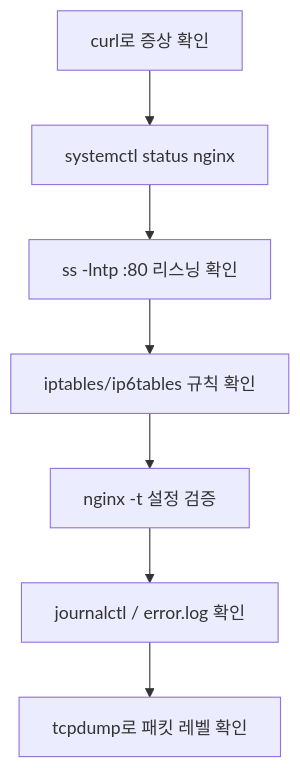
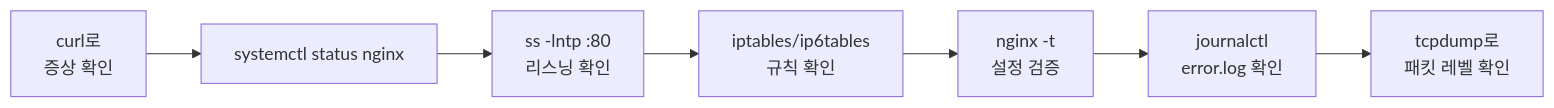
The first of 2 diagrams in README.md (yejin1029/Nginx_troubleshooting), drawn with Mermaid before and after one commit.

````diff
--- a/README.md
+++ b/README.md
@@ -16,9 +16,9 @@
 ```mermaid
-flowchart TD
-  A[curl로 증상 확인] --> B[systemctl status nginx]
-  B --> C[ss -lntp :80 리스닝 확인]
-  C --> D[iptables/ip6tables 규칙 확인]
-  D --> E[nginx -t 설정 검증]
-  E --> F[journalctl / error.log 확인]
-  F --> G[tcpdump로 패킷 레벨 확인]
+flowchart LR
+  A[curl로 <br/> 증상 확인] --> B[systemctl status nginx]
+  B --> C[ss -lntp :80 <br/> 리스닝 확인]
+  C --> D[iptables/ip6tables <br/> 규칙 확인]
+  D --> E[nginx -t <br/> 설정 검증]
+  E --> F[journalctl <br/> error.log 확인]
+  F --> G[tcpdump로 <br/> 패킷 레벨 확인]
 ```
````
